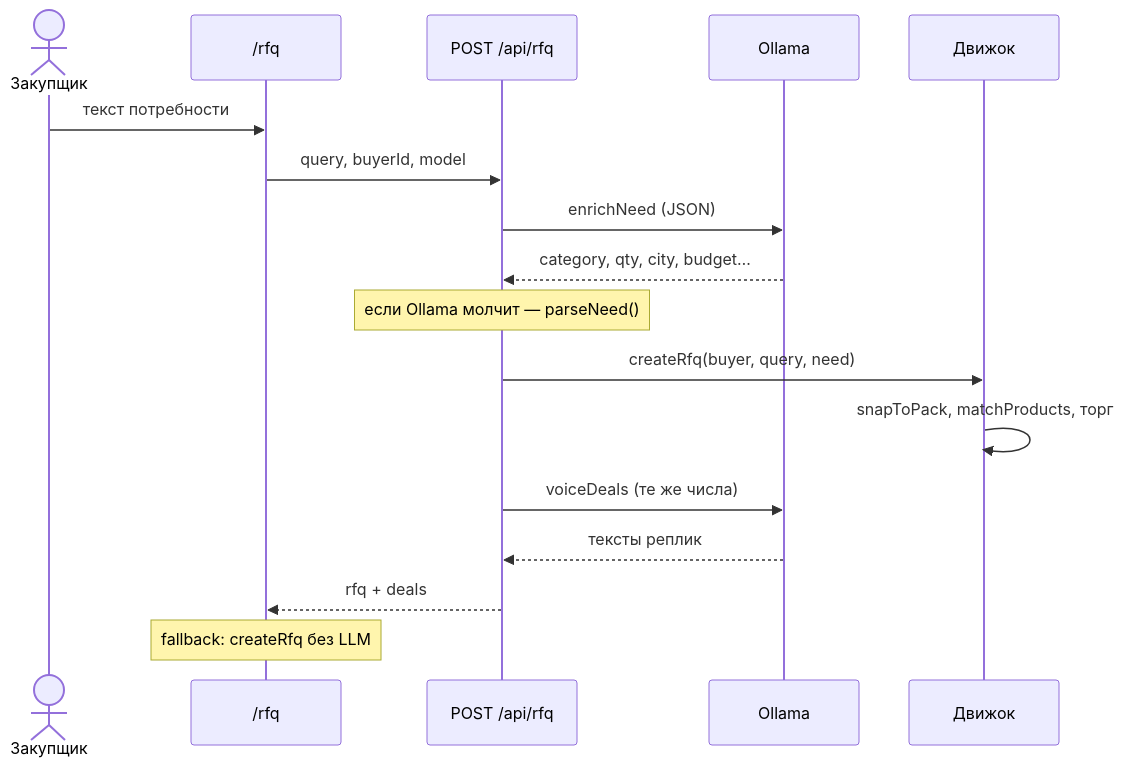
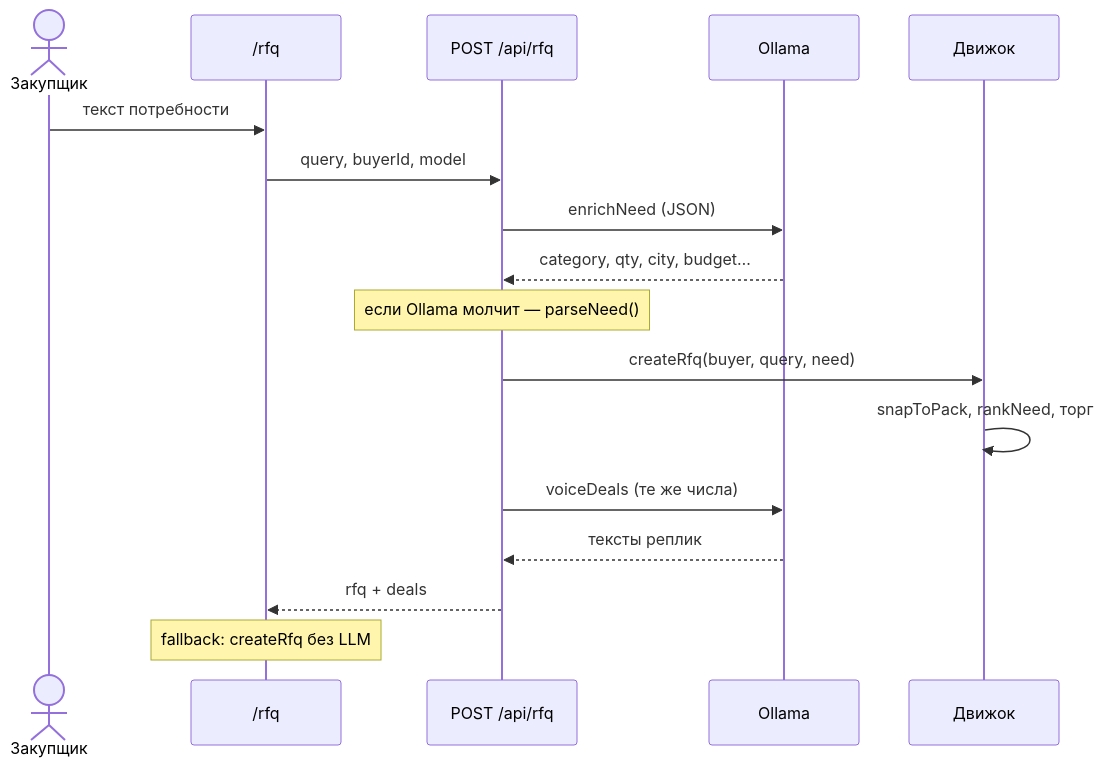
The second of 4 diagrams in docs/BUSINESS.md (kobyzev-yuri/ai_mkt), drawn with Mermaid before and after one commit. The commit also changed other lines of this file and 20 other files, not shown here.

````diff
--- a/docs/BUSINESS.md
+++ b/docs/BUSINESS.md
@@ -65,19 +66,19 @@
 ```mermaid
 sequenceDiagram
   actor H as Закупщик
   participant UI as /rfq
   participant API as POST /api/rfq
   participant LLM as Ollama
   participant Eng as Движок
   H->>UI: текст потребности
   UI->>API: query, buyerId, model
   API->>LLM: enrichNeed (JSON)
   LLM-->>API: category, qty, city, budget…
   Note over API: если Ollama молчит — parseNeed()
   API->>Eng: createRfq(buyer, query, need)
-  Eng->>Eng: snapToPack, matchProducts, торг
+  Eng->>Eng: snapToPack, rankNeed, торг
   API->>LLM: voiceDeals (те же числа)
   LLM-->>API: тексты реплик
   API-->>UI: rfq + deals
   Note over UI: fallback: createRfq без LLM
 ```
````
